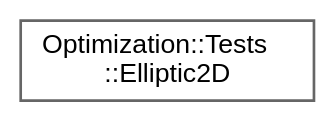
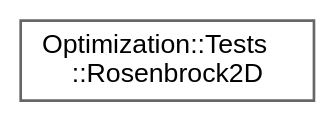
The diagram in inherit_graph_76.dot (jswoo0615/Algorithms_for_Optimization_cpp), drawn with Graphviz before and after one commit. The commit also changed 121 other files, not shown here.

```diff
--- a/inherit_graph_76.dot
+++ b/inherit_graph_76.dot
@@ -1,9 +1,9 @@
 digraph "Graphical Class Hierarchy"
 {
  // LATEX_PDF_SIZE
   bgcolor="transparent";
   edge [fontname=Helvetica,fontsize=10,labelfontname=Helvetica,labelfontsize=10];
   node [fontname=Helvetica,fontsize=10,shape=box,height=0.2,width=0.4];
   rankdir="LR";
-  Node0 [id="Node000000",label="Optimization::Tests\l::Elliptic2D",height=0.2,width=0.4,color="grey40", fillcolor="white", style="filled",URL="$structOptimization_1_1Tests_1_1Elliptic2D.html",tooltip=" "];
+  Node0 [id="Node000000",label="Optimization::Tests\l::Rosenbrock2D",height=0.2,width=0.4,color="grey40", fillcolor="white", style="filled",URL="$structOptimization_1_1Tests_1_1Rosenbrock2D.html",tooltip=" "];
 }
```
